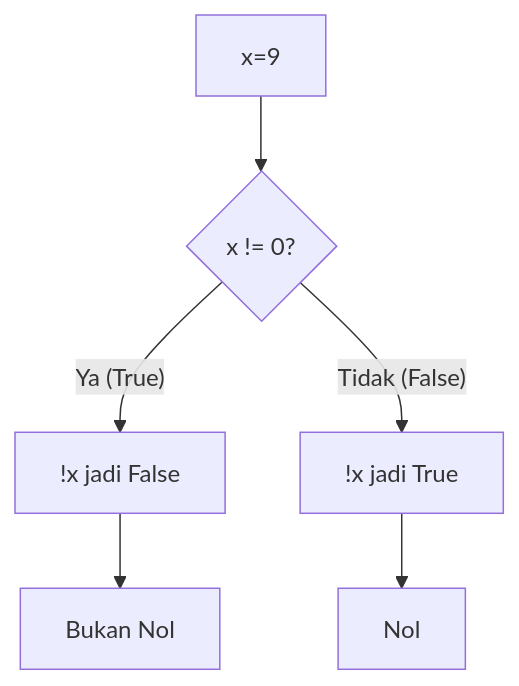
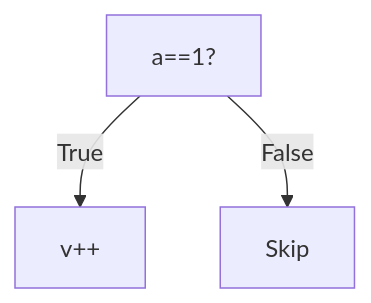
Before and after one commit to amnahwaida/OSNK_INF_PREP: the fifth of 25 diagrams in part-c-pemahaman-cpp/02-percabangan/latihan/set-06.md, drawn with Mermaid. The commit also changed other lines of this file and 71 other files, not shown here.

````diff
--- a/part-c-pemahaman-cpp/02-percabangan/latihan/set-06.md
+++ b/part-c-pemahaman-cpp/02-percabangan/latihan/set-06.md
@@ -143,8 +147,5 @@
 ```mermaid
 graph TD
-    A[x=9] --> B{x != 0?}
-    B -- Ya (True) --> C["!x jadi False"]
-    B -- Tidak (False) --> D["!x jadi True"]
-    C --> E[Bukan Nol]
-    D --> F[Nol]
+A[a==1?] -- True --> B[v++]
+A -- False --> C[Skip]
 ```
````
